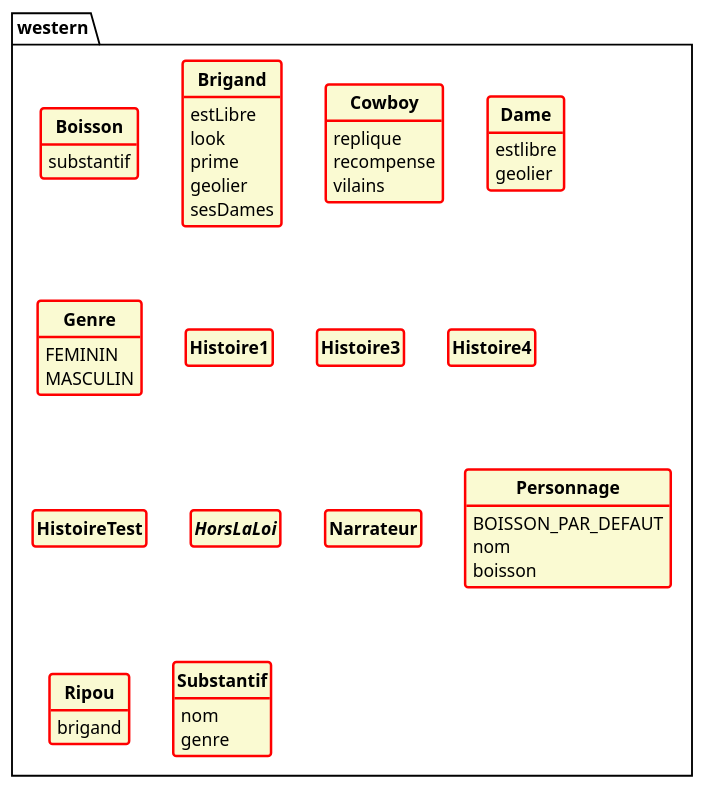
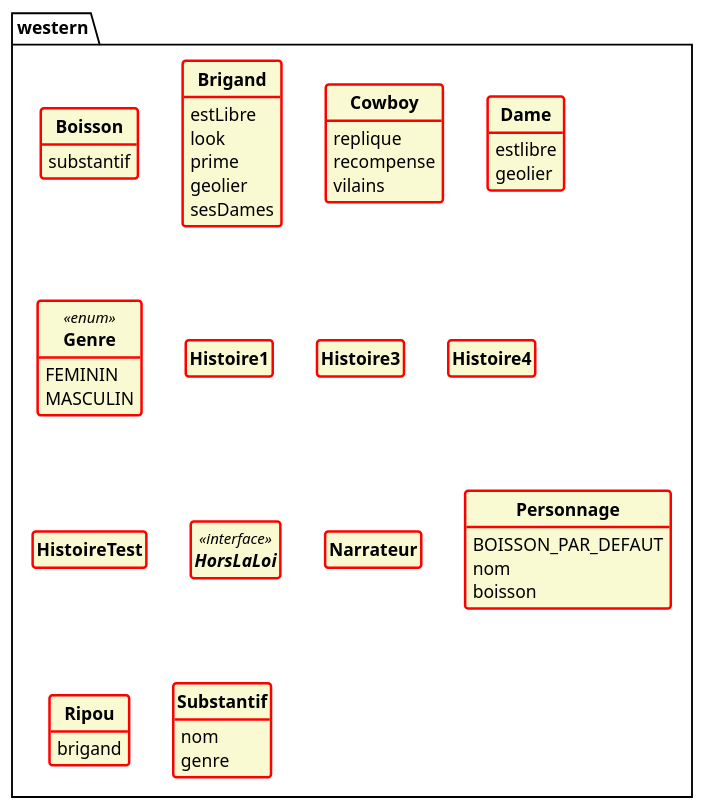
One commit to DamienJUNG/GenerateurPuml changed the diagram in exemples/western.puml. Above: the diagram before and after it, drawn with PlantUML. The commit also changed 7 other files, not shown here.

```diff
--- a/exemples/western.puml
+++ b/exemples/western.puml
@@ -1,62 +1,62 @@
 @startuml
 'Code généré automatiquement ;>
 skinparam style strictuml
 hide empty members
 skinparam classAttributeIconSize 0
 skinparam classFontStyle Bold
 skinparam classbackgroundColor LightGoldenRodYellow
 skinparam classbordercolor red
 skinparam classattribute none
 skinparam classborderthickness 2
 
 package western {
 
-class Boisson {
+class Boisson{
 	substantif
 }
-class Brigand {
+class Brigand{
 	estLibre
 	look
 	prime
 	geolier
 	sesDames
 }
-class Cowboy {
+class Cowboy{
 	replique
 	recompense
 	vilains
 }
-class Dame {
+class Dame{
 	estlibre
 	geolier
 }
-enum Genre {
+enum Genre <<enum>> {
 	FEMININ
 	MASCULIN
 }
-class Histoire1 {
+class Histoire1{
 }
-class Histoire3 {
+class Histoire3{
 }
-class Histoire4 {
+class Histoire4{
 }
-class HistoireTest {
+class HistoireTest{
 }
-interface HorsLaLoi {
+interface HorsLaLoi <<interface>> {
 }
-class Narrateur {
+class Narrateur{
 }
-class Personnage {
+class Personnage{
 	BOISSON_PAR_DEFAUT
 	nom
 	boisson
 }
-class Ripou {
+class Ripou{
 	brigand
 }
-class Substantif {
+class Substantif{
 	nom
 	genre
 }
 }
 @enduml
```
